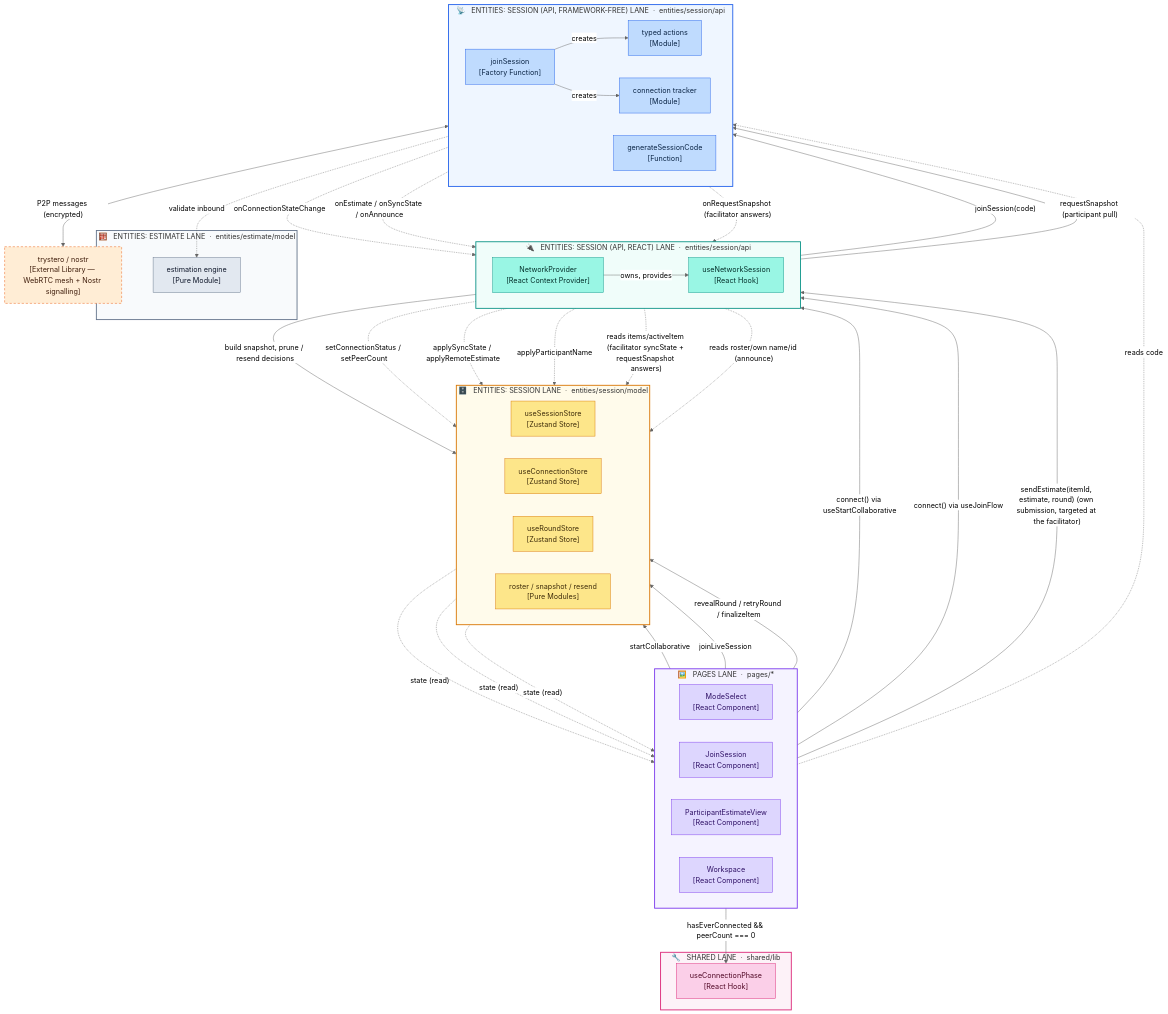
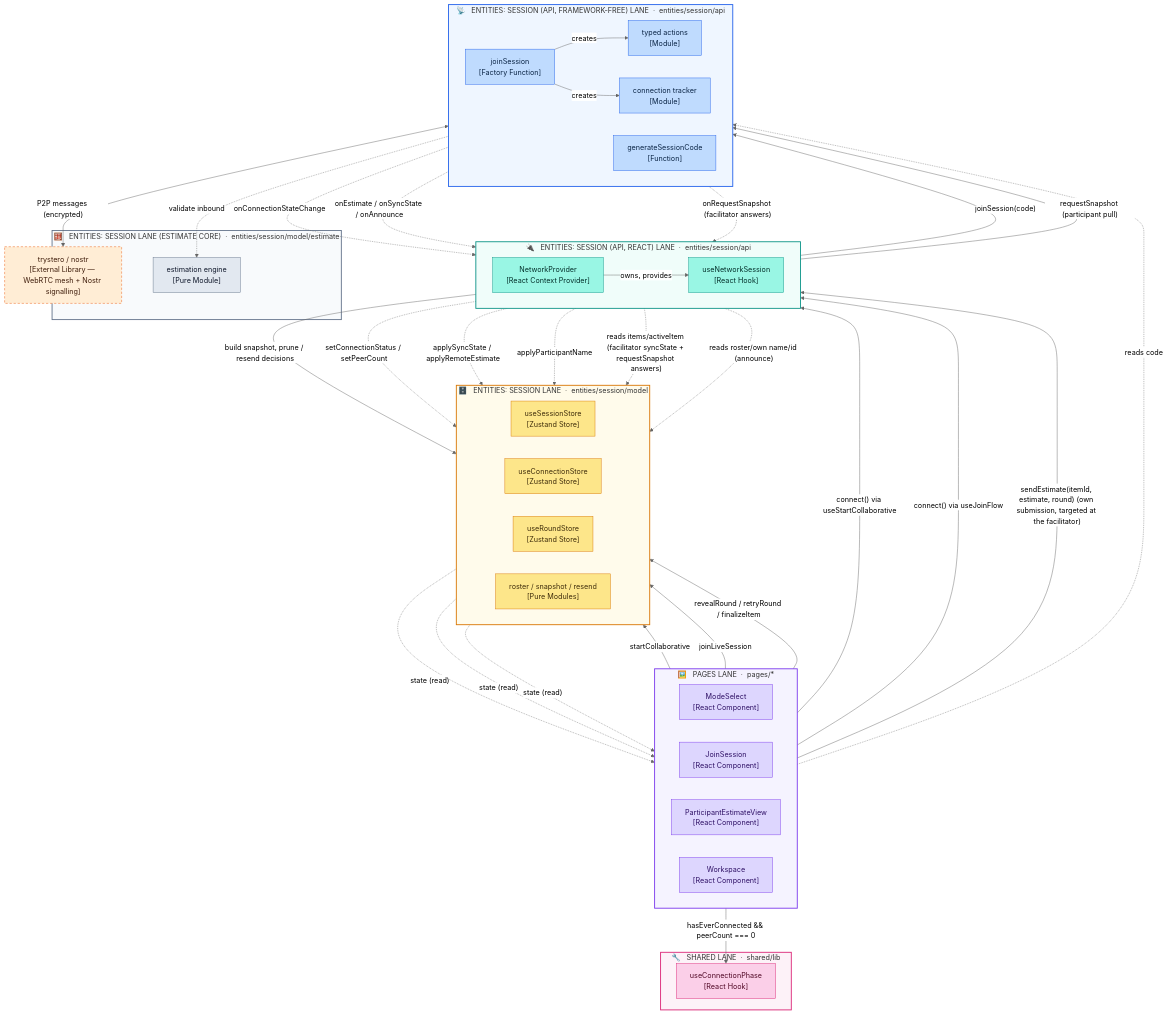
Before and after one commit to cfisch3r/estimate: the first of 8 diagrams in docs/concepts/collaboration-mode.md, drawn with Mermaid (neutral theme). The commit also changed other lines of this file and 74 other files, not shown here.

First line of the commit message:
refactor: merge entities/estimate into entities/session

```diff
--- a/docs/concepts/collaboration-mode.md
+++ b/docs/concepts/collaboration-mode.md
@@ -61,7 +61,7 @@
     Code["generateSessionCode<br/>[Function]"]
   end
 
-  subgraph purelane["🧮 &nbsp; ENTITIES: ESTIMATE LANE &nbsp;·&nbsp; entities/estimate/model"]
+  subgraph purelane["🧮 &nbsp; ENTITIES: SESSION LANE (ESTIMATE CORE) &nbsp;·&nbsp; entities/session/model/estimate"]
     Calc["estimation engine<br/>[Pure Module]"]
   end
 
```
